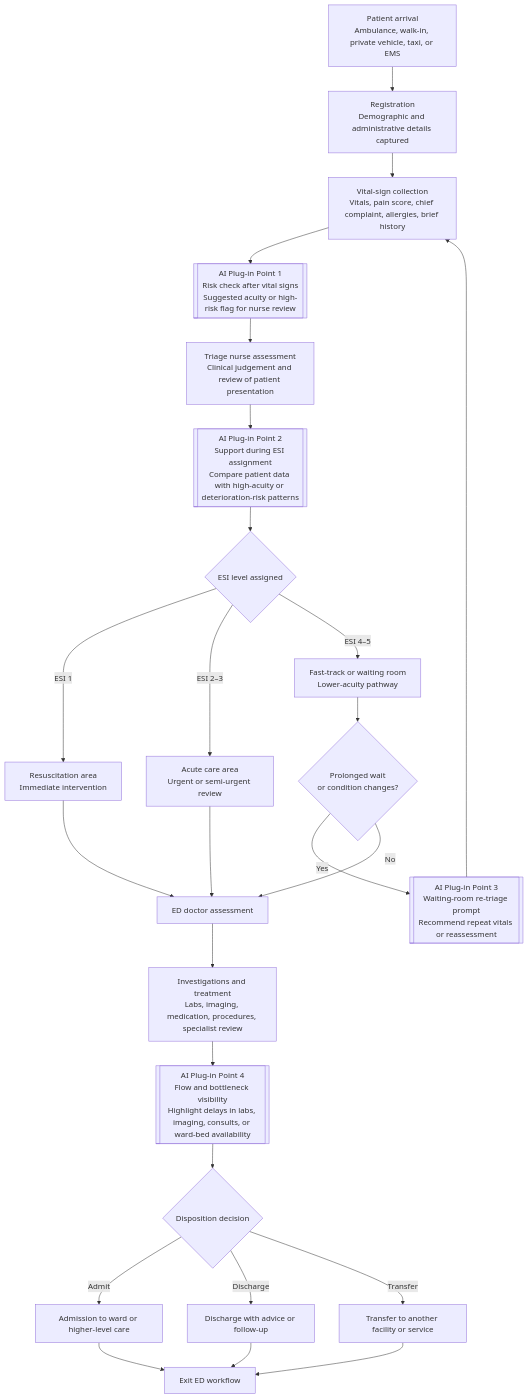
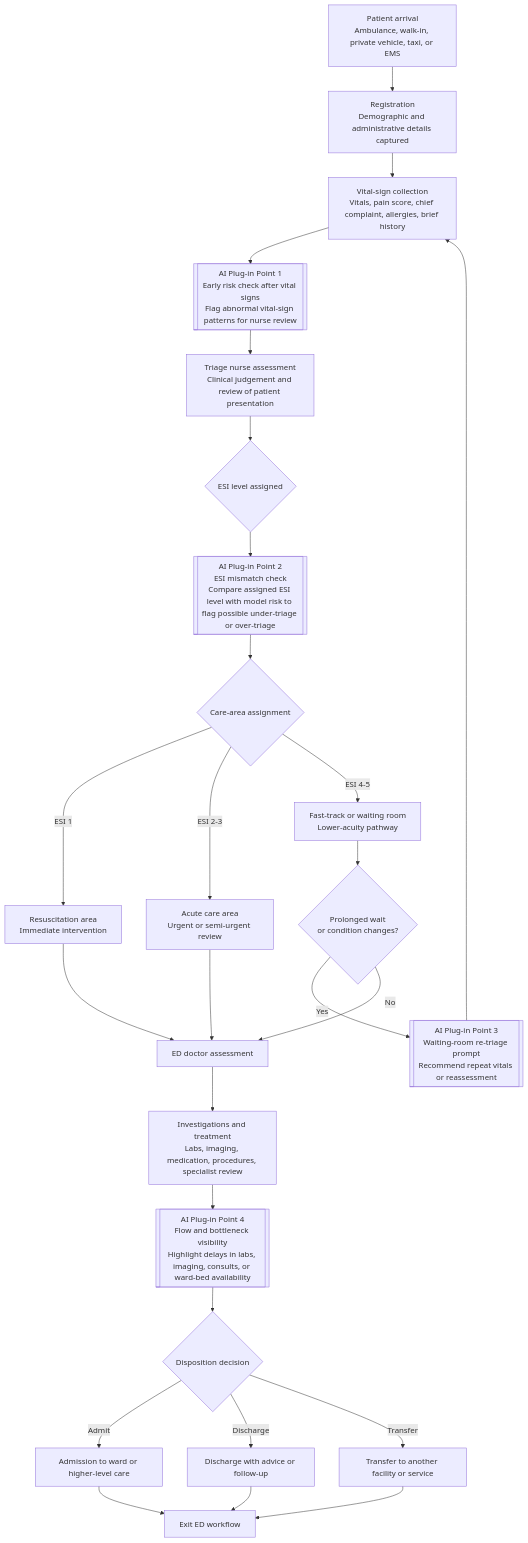
Before and after one commit to Kari-2005/carisurg-portfolio: the diagram in docs/Week3/Final_Week3workflow.md, drawn with Mermaid.

````diff
--- a/docs/Week3/Final_Week3workflow.md
+++ b/docs/Week3/Final_Week3workflow.md
@@ -1,43 +1,53 @@
 ```mermaid
 flowchart TD
 
-A[Patient arrival<br/>Ambulance, walk-in, private vehicle, taxi, or EMS] --> B[Registration<br/>Demographic and administrative details captured]
+A["Patient arrival<br/>Ambulance, walk-in, private vehicle, taxi, or EMS"] --> B["Registration<br/>Demographic and administrative details captured"]
 
-B --> C[Vital-sign collection<br/>Vitals, pain score, chief complaint, allergies, brief history]
+B --> C["Vital-sign collection<br/>Vitals, pain score, chief complaint, allergies, brief history"]
 
-C --> P1[[AI Plug-in Point 1<br/>Risk check after vital signs<br/>Suggested acuity or high-risk flag for nurse review]]
+C --> P1[["AI Plug-in Point 1<br/>Early risk check after vital signs<br/>Flag abnormal vital-sign patterns for nurse review"]]
 
-P1 --> D[Triage nurse assessment<br/>Clinical judgement and review of patient presentation]
+P1 --> D["Triage nurse assessment<br/>Clinical judgement and review of patient presentation"]
 
-D --> P2[[AI Plug-in Point 2<br/>Support during ESI assignment<br/>Compare patient data with high-acuity or deterioration-risk patterns]]
+D --> E{"ESI level assigned"}
 
-P2 --> E{ESI level assigned}
+E --> P2[["AI Plug-in Point 2<br/>ESI mismatch check<br/>Compare assigned ESI level with model risk to flag possible under-triage or over-triage"]]
 
-E -->|ESI 1| F[Resuscitation area<br/>Immediate intervention]
-E -->|ESI 2–3| G[Acute care area<br/>Urgent or semi-urgent review]
-E -->|ESI 4–5| H[Fast-track or waiting room<br/>Lower-acuity pathway]
+P2 --> F{"Care-area assignment"}
 
-H --> I{Prolonged wait<br/>or condition changes?}
+F -->|ESI 1| G["Resuscitation area<br/>Immediate intervention"]
 
-I -->|Yes| P3[[AI Plug-in Point 3<br/>Waiting-room re-triage prompt<br/>Recommend repeat vitals or reassessment]]
+F -->|ESI 2-3| H["Acute care area<br/>Urgent or semi-urgent review"]
+
+F -->|ESI 4-5| I["Fast-track or waiting room<br/>Lower-acuity pathway"]
+
+I --> J{"Prolonged wait<br/>or condition changes?"}
+
+J -->|Yes| P3[["AI Plug-in Point 3<br/>Waiting-room re-triage prompt<br/>Recommend repeat vitals or reassessment"]]
+
 P3 --> C
 
-I -->|No| J[ED doctor assessment]
+J -->|No| K["ED doctor assessment"]
 
-F --> J
-G --> J
+G --> K
 
-J --> K[Investigations and treatment<br/>Labs, imaging, medication, procedures, specialist review]
+H --> K
 
-K --> P4[[AI Plug-in Point 4<br/>Flow and bottleneck visibility<br/>Highlight delays in labs, imaging, consults, or ward-bed availability]]
+K --> L["Investigations and treatment<br/>Labs, imaging, medication, procedures, specialist review"]
 
-P4 --> L{Disposition decision}
+L --> P4[["AI Plug-in Point 4<br/>Flow and bottleneck visibility<br/>Highlight delays in labs, imaging, consults, or ward-bed availability"]]
 
-L -->|Admit| M[Admission to ward or higher-level care]
-L -->|Discharge| N[Discharge with advice or follow-up]
-L -->|Transfer| O[Transfer to another facility or service]
+P4 --> M{"Disposition decision"}
 
-M --> Q[Exit ED workflow]
-N --> Q
-O --> Q
+M -->|Admit| N["Admission to ward or higher-level care"]
+
+M -->|Discharge| O["Discharge with advice or follow-up"]
+
+M -->|Transfer| R["Transfer to another facility or service"]
+
+N --> S["Exit ED workflow"]
+
+O --> S
+
+R --> S
 ```
````
